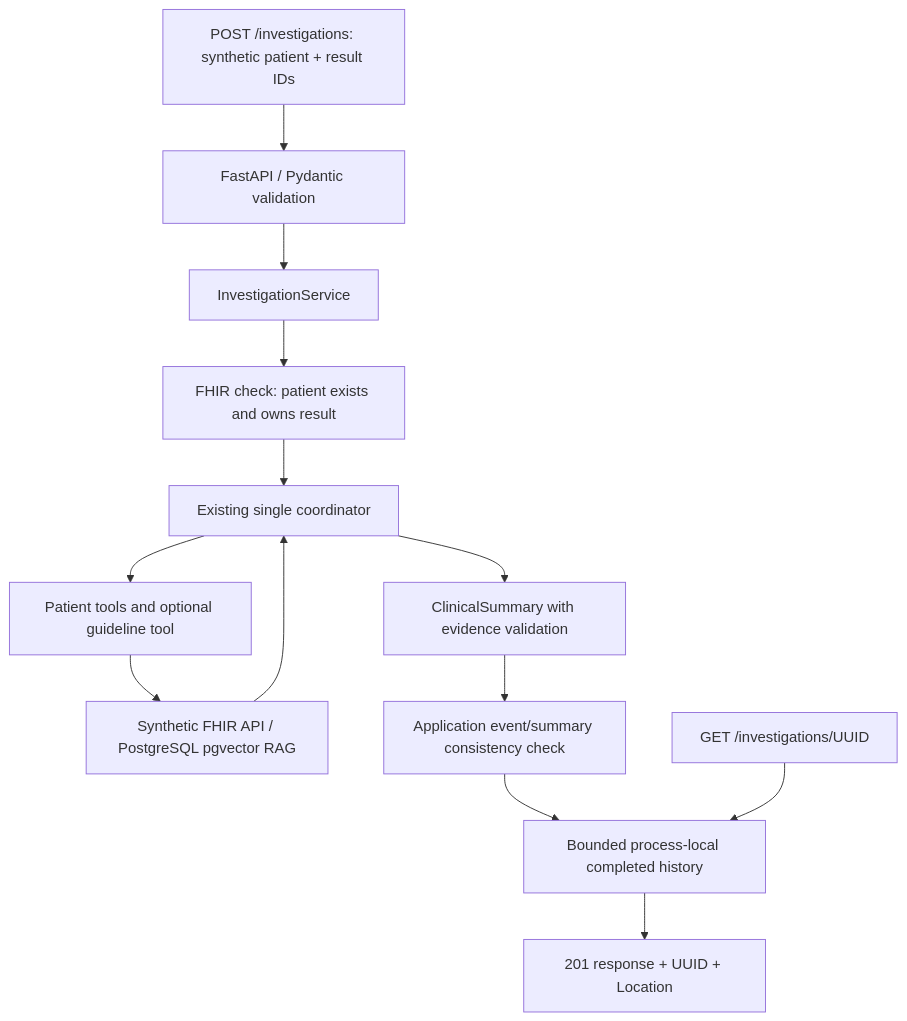
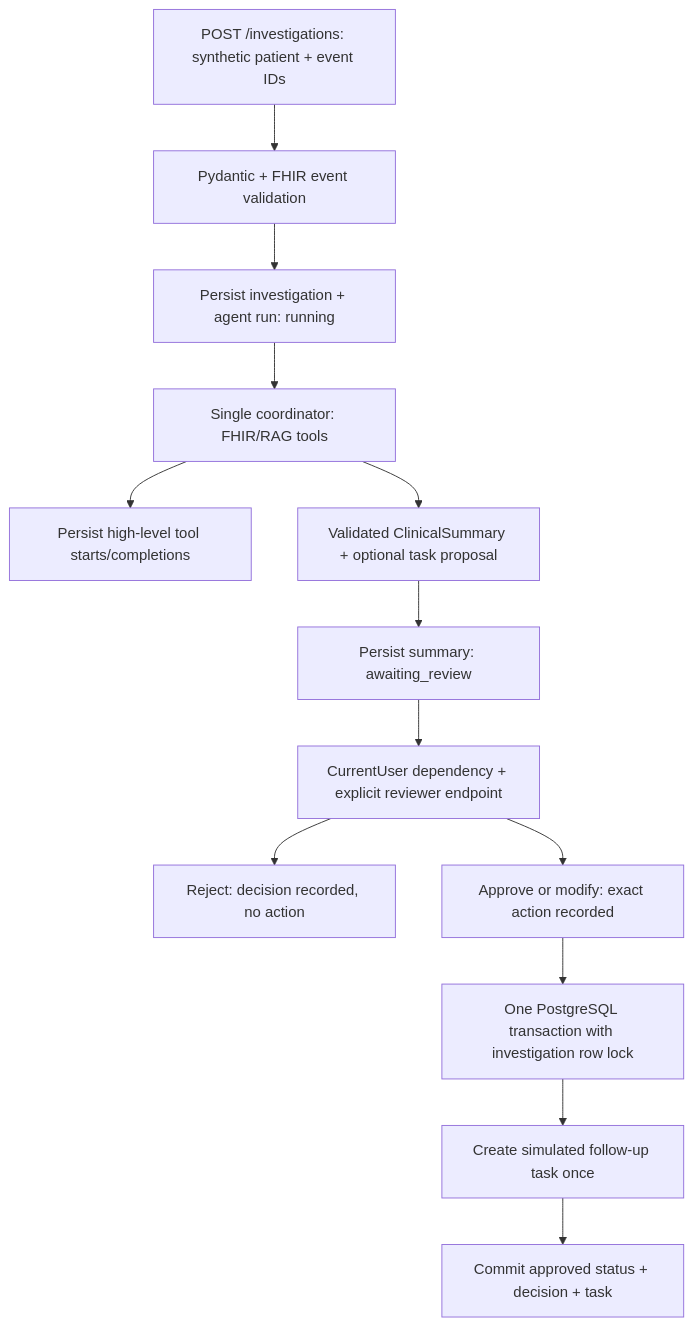
The third of 3 diagrams in ARCHITECTURE.md (johnpapciak/clinical-id-assistant), drawn with Mermaid before and after one commit. The commit also changed other lines of this file and 26 other files, not shown here.

Commit message:
Persist workflow audits and gate simulated tasks on human review

````diff
--- a/ARCHITECTURE.md
+++ b/ARCHITECTURE.md
@@ -173,15 +179,15 @@
 ```mermaid
 flowchart TD
-    HTTP["POST /investigations: synthetic patient + result IDs"] --> Validation["FastAPI / Pydantic validation"]
-    Validation --> App["InvestigationService"]
-    App --> Event["FHIR check: patient exists and owns result"]
-    Event --> Agent["Existing single coordinator"]
-    Agent --> Tools["Patient tools and optional guideline tool"]
-    Tools --> Context["Synthetic FHIR API / PostgreSQL pgvector RAG"]
-    Context --> Agent
-    Agent --> Summary["ClinicalSummary with evidence validation"]
-    Summary --> Consistency["Application event/summary consistency check"]
-    Consistency --> History["Bounded process-local completed history"]
-    History --> Created["201 response + UUID + Location"]
-    GET["GET /investigations/UUID"] --> History
+    HTTP["POST /investigations: synthetic patient + event IDs"] --> Validation["Pydantic + FHIR event validation"]
+    Validation --> Start["Persist investigation + agent run: running"]
+    Start --> Agent["Single coordinator: FHIR/RAG tools"]
+    Agent --> Audit["Persist high-level tool starts/completions"]
+    Agent --> Summary["Validated ClinicalSummary + optional task proposal"]
+    Summary --> Pending["Persist summary: awaiting_review"]
+    Pending --> Reviewer["CurrentUser dependency + explicit reviewer endpoint"]
+    Reviewer --> Reject["Reject: decision recorded, no action"]
+    Reviewer --> Approve["Approve or modify: exact action recorded"]
+    Approve --> Transaction["One PostgreSQL transaction with investigation row lock"]
+    Transaction --> Task["Create simulated follow-up task once"]
+    Task --> Approved["Commit approved status + decision + task"]
 ```
````
